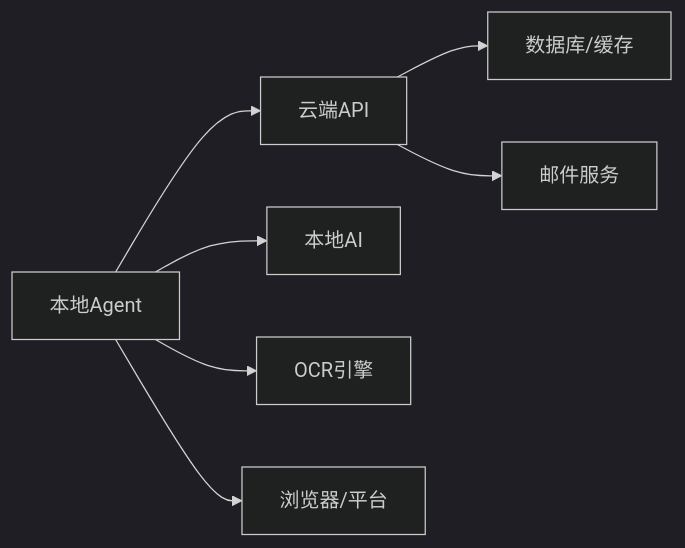
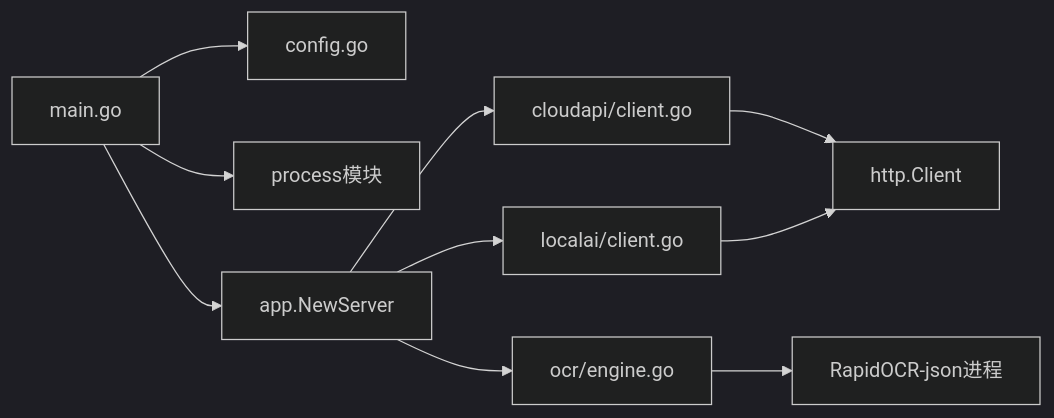
Before and after one commit to alvinwangzi/goodhr: the sixth of 6 diagrams in .qoder/repowiki/zh/content/系统架构/本地Agent架构/系统集成.md, drawn with Mermaid (dark theme). The commit also changed other lines of this file and 149 other files, not shown here.

````diff
--- a/.qoder/repowiki/zh/content/系统架构/本地Agent架构/系统集成.md
+++ b/.qoder/repowiki/zh/content/系统架构/本地Agent架构/系统集成.md
@@ -310,9 +264,12 @@
 ```mermaid
 graph LR
-L["本地Agent"] --> CA["云端API"]
-L --> AI["本地AI"]
-L --> OCR["OCR引擎"]
-L --> BR["浏览器/平台"]
-CA --> DB["数据库/缓存"]
-CA --> MAIL["邮件服务"]
+Main["main.go"] --> Cfg["config.go"]
+Main --> Proc["process模块"]
+Main --> App["app.NewServer"]
+App --> Cloud["cloudapi/client.go"]
+App --> LocalAI["localai/client.go"]
+App --> OCR["ocr/engine.go"]
+Cloud --> Net["http.Client"]
+LocalAI --> Net
+OCR --> Exec["RapidOCR-json进程"]
 ```
````
